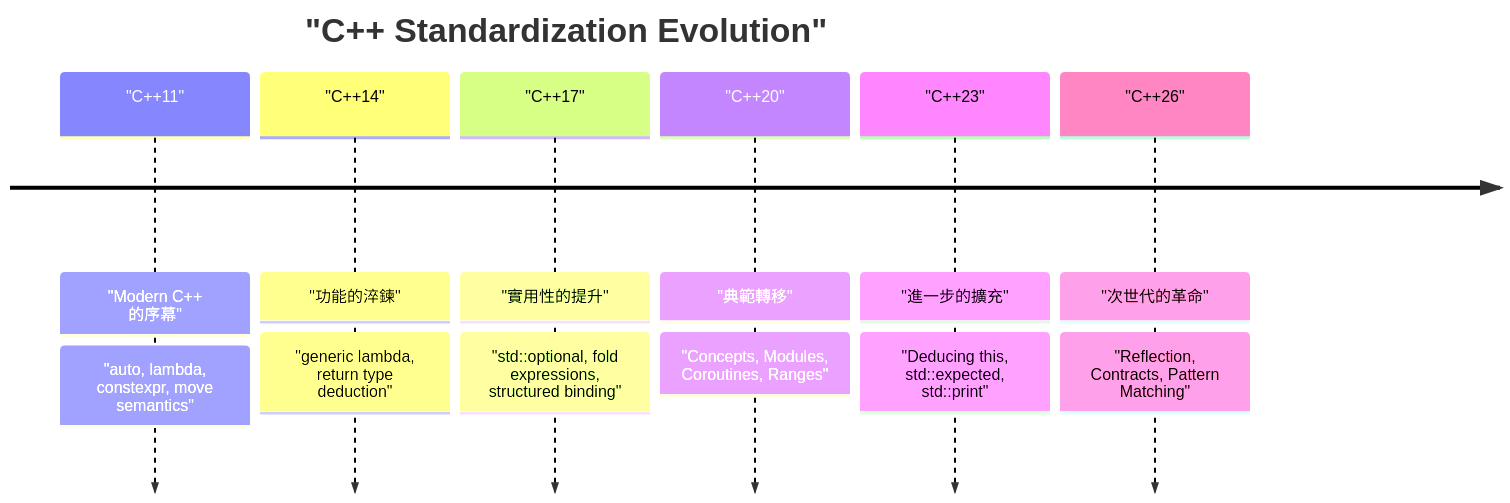
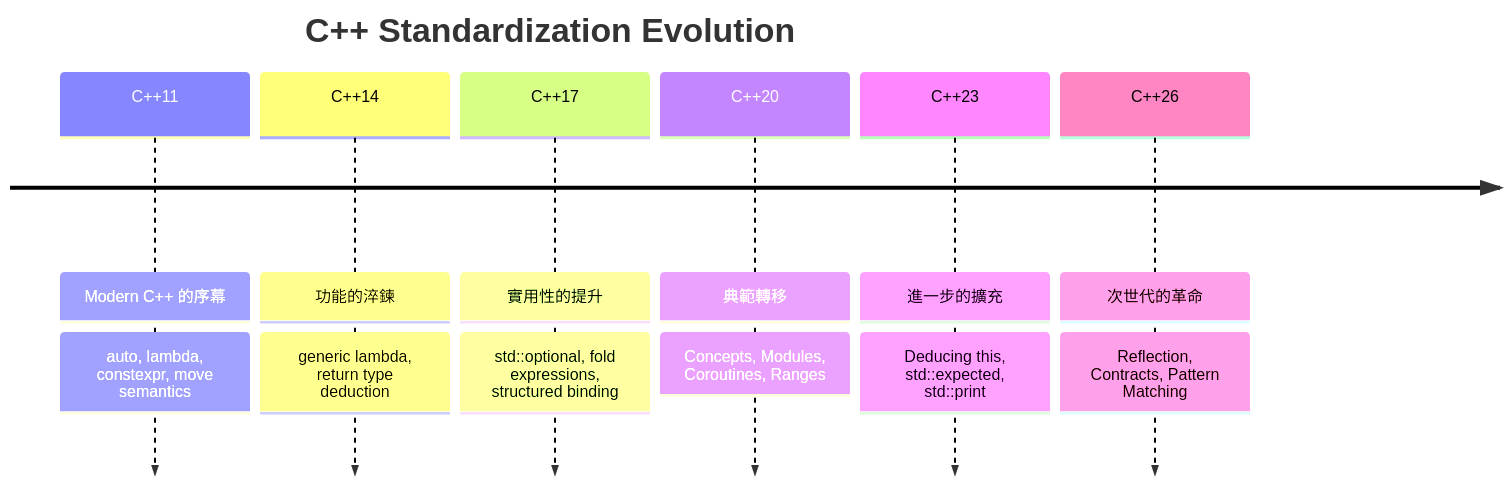
One commit to kenjinote/blog changed the first of 4 diagrams in content/post/cpp26新機能/index.zh-tw.md. Above: the diagram before and after it, drawn with Mermaid. The commit also changed other lines of this file and 703 other files, not shown here.

Commit message:
Fix: Remove quotes from Mermaid link texts and timeline definitions to support Mermaid 11.4.1

````diff
--- a/content/post/cpp26新機能/index.zh-tw.md
+++ b/content/post/cpp26新機能/index.zh-tw.md
@@ -20,10 +20,10 @@
 ```mermaid
 timeline
-    title "C++ Standardization Evolution"
-    "C++11" : "Modern C++ 的序幕" : "auto, lambda, constexpr, move semantics"
-    "C++14" : "功能的淬鍊" : "generic lambda, return type deduction"
-    "C++17" : "實用性的提升" : "std::optional, fold expressions, structured binding"
-    "C++20" : "典範轉移" : "Concepts, Modules, Coroutines, Ranges"
-    "C++23" : "進一步的擴充" : "Deducing this, std::expected, std::print"
-    "C++26" : "次世代的革命" : "Reflection, Contracts, Pattern Matching"
+    title C++ Standardization Evolution
+    C++11 : Modern C++ 的序幕 : auto, lambda, constexpr, move semantics
+    C++14 : 功能的淬鍊 : generic lambda, return type deduction
+    C++17 : 實用性的提升 : std::optional, fold expressions, structured binding
+    C++20 : 典範轉移 : Concepts, Modules, Coroutines, Ranges
+    C++23 : 進一步的擴充 : Deducing this, std::expected, std::print
+    C++26 : 次世代的革命 : Reflection, Contracts, Pattern Matching
 ```
````
